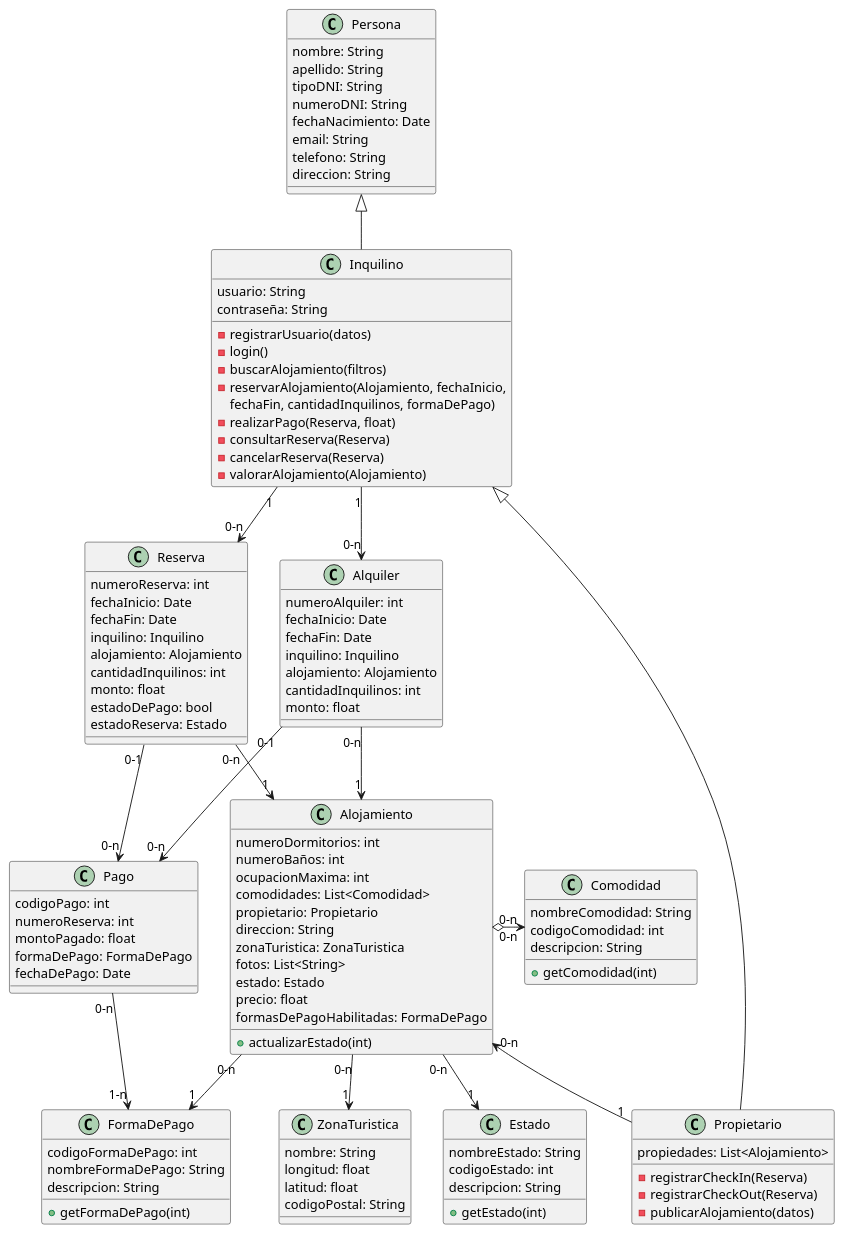
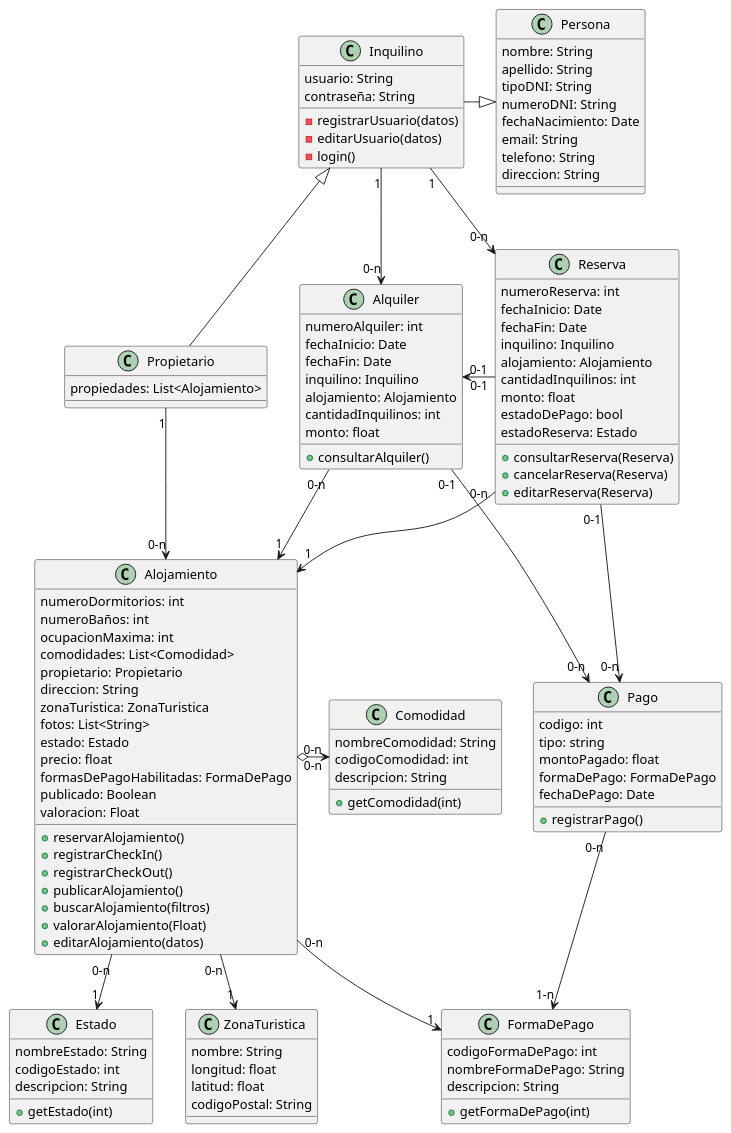
One commit to franciscolmos/IS1-EasyHome changed the diagram in Diagrama_Clases/Diagrama_de_clases_EasyHome.puml. Above: the diagram before and after it, drawn with PlantUML. The commit also changed 5 other files, not shown here.

Commit message:
[REFACTOR] - cambios en diagramas: CU, Clases y Descripcion_CU

```diff
--- a/Diagrama_Clases/Diagrama_de_clases_EasyHome.puml
+++ b/Diagrama_Clases/Diagrama_de_clases_EasyHome.puml
@@ -1,135 +1,131 @@
 @startuml EasyHome
 
 class Persona {
     nombre: String
     apellido: String
     tipoDNI: String
     numeroDNI: String
     fechaNacimiento: Date
     email: String
     telefono: String
     direccion: String
 }
 
 class Inquilino {
     usuario: String
     contraseña: String
     -registrarUsuario(datos)
+    -editarUsuario(datos)
     -login()
-    -buscarAlojamiento(filtros)
-    -reservarAlojamiento(Alojamiento, fechaInicio, 
-        fechaFin, cantidadInquilinos, formaDePago)
-    -realizarPago(Reserva, float)
-    -consultarReserva(Reserva)
-    -cancelarReserva(Reserva)
-    -valorarAlojamiento(Alojamiento)
 }
 
 class Propietario {
     propiedades: List<Alojamiento>
-    -registrarCheckIn(Reserva)
-    -registrarCheckOut(Reserva)
-    -publicarAlojamiento(datos)
 }
 
 class Alojamiento {
     numeroDormitorios: int
     numeroBaños: int
     ocupacionMaxima: int
     comodidades: List<Comodidad>
     propietario: Propietario
     direccion: String
     zonaTuristica: ZonaTuristica
     fotos: List<String>
     estado: Estado
     precio: float
     formasDePagoHabilitadas: FormaDePago
-    +actualizarEstado(int)
+    publicado: Boolean
+    valoracion: Float
+    +reservarAlojamiento()
+    +registrarCheckIn()
+    +registrarCheckOut()
+    +publicarAlojamiento()
+    +buscarAlojamiento(filtros)
+    +valorarAlojamiento(Float)
+    +editarAlojamiento(datos)
 }
 
 class ZonaTuristica {
     nombre: String
     longitud: float
     latitud: float
     codigoPostal: String
 }
 
 class Estado {
     nombreEstado: String
     codigoEstado: int
     descripcion: String
     +getEstado(int)
 }
 
 class Comodidad {
     nombreComodidad: String
     codigoComodidad: int
     descripcion: String
     +getComodidad(int)
 }
 
 class Reserva {
     numeroReserva: int
     fechaInicio: Date
     fechaFin: Date
     inquilino: Inquilino
     alojamiento: Alojamiento
     cantidadInquilinos: int
     monto: float
     estadoDePago: bool
     estadoReserva: Estado
+    +consultarReserva(Reserva)
+    +cancelarReserva(Reserva)
+    +editarReserva(Reserva)
 }
 
 class Pago {
-    codigoPago: int
-    numeroReserva: int
+    codigo: int
+    tipo: string
     montoPagado: float
     formaDePago: FormaDePago
     fechaDePago: Date
+    +registrarPago()
 }
 
 class FormaDePago {
     codigoFormaDePago: int
     nombreFormaDePago: String
     descripcion: String
     +getFormaDePago(int)
 }
 
 class Alquiler {
     numeroAlquiler: int
     fechaInicio: Date
     fechaFin: Date
     inquilino: Inquilino
     alojamiento: Alojamiento
     cantidadInquilinos: int
     monto: float
+    +consultarAlquiler()
 }
 
-Persona <|-- Inquilino
-Inquilino <|-- Propietario
+Persona <|-left- Inquilino
+Inquilino <|-right- Propietario
 
-Alojamiento "0-n" <-- "1" Propietario
+Alojamiento "0-n" <-left- "1" Propietario
 Alojamiento "0-n" o-> "0-n" Comodidad
 Alojamiento "0-n" --> "1" ZonaTuristica
 Alojamiento "0-n" --> "1" Estado
 Alojamiento "0-n" -->  "1" FormaDePago
 
 Inquilino "1" --> "0-n" Reserva
 Inquilino "1" --> "0-n" Alquiler
 Alojamiento "1" <-up- "0-n" Reserva
 Alojamiento "1" <-up- "0-n" Alquiler
+Reserva "0-1" -left-> "0-1" Alquiler
 
 Pago "0-n" --> "1-n" FormaDePago
 Reserva "0-1" --> "0-n" Pago
 Alquiler "0-1" --> "0-n" Pago
 
-/' DUDAS
--) ZONA TURISTICA, QUE ATRIBUTOS LE PONEMOS
--) COMO MANEJAMOS EL TEMA DE FILTROS Y DATOS
--) ALOJAMIENTO Y COMODIDAD RELACION DE ASOCIACION O AGREGACION
--) NO PODEMOS REPRESENTAR UN ALQUILER COMO UNA RESERVA CON ESTADO ALQUILADO?
--) CLASE GENERICA DE RESERVA Y ALQUILER???
--) EXISTE CLASE BUSCADOR DE ALOJAMIENTOS? COMO BUSCA UN ALOJAMIENTO UN USUARIO?
-'/
-
 @enduml
```
